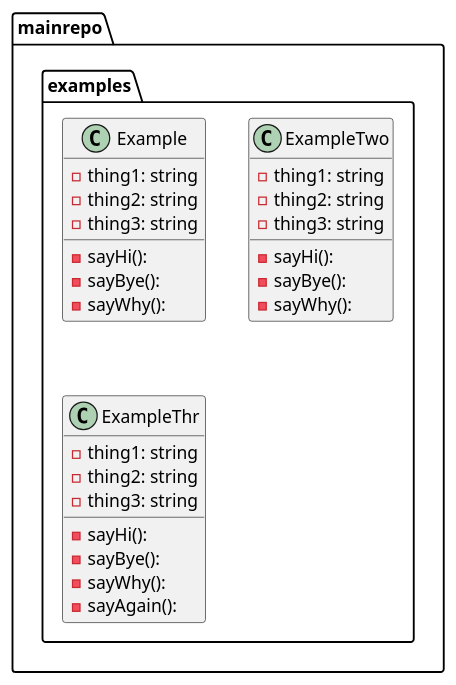
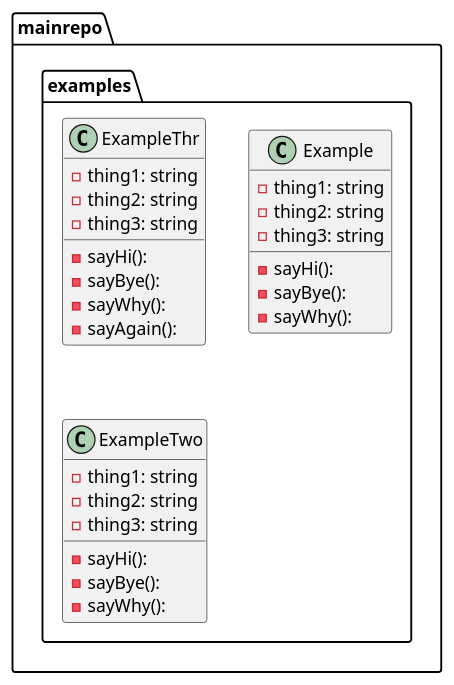
The diagram in graph.puml (tbal999/pumlaction), drawn with PlantUML before and after one commit. The commit also changed other lines of this file, not shown here.

```diff
--- a/graph.puml
+++ b/graph.puml
@@ -1,34 +1,34 @@
 @startuml
+package ...mainrepo.examples{
+class ExampleThr {
+-thing1: string
+-thing2: string
+-thing3: string
+-sayHi(): 
+-sayBye(): 
+-sayWhy(): 
+-sayAgain(): 
+}
+}
 package ...mainrepo.examples{
 class Example {
 -thing1: string
 -thing2: string
 -thing3: string
 -sayHi(): 
 -sayBye(): 
 -sayWhy(): 
 }
 }
 package ...mainrepo.examples{
 class ExampleTwo {
 -thing1: string
 -thing2: string
 -thing3: string
 -sayHi(): 
 -sayBye(): 
 -sayWhy(): 
 }
 }
-package ...mainrepo.examples{
-class ExampleThr {
--thing1: string
--thing2: string
--thing3: string
--sayHi(): 
--sayBye(): 
--sayWhy(): 
--sayAgain(): 
-}
-}
 
 @enduml
```
